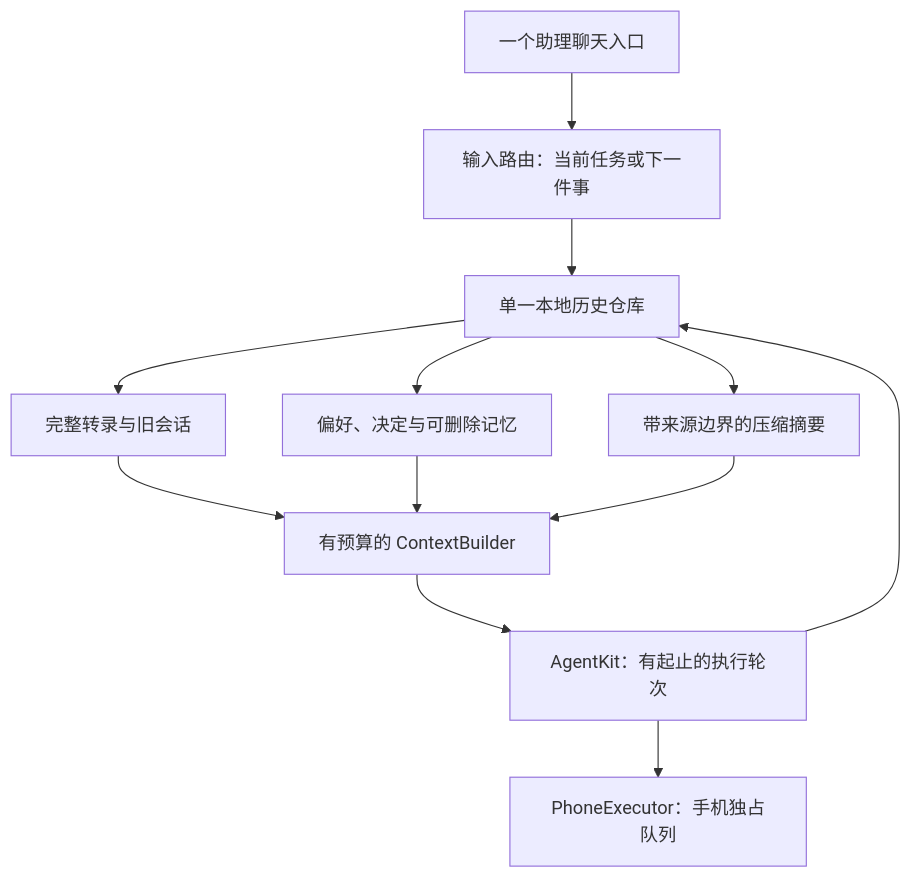
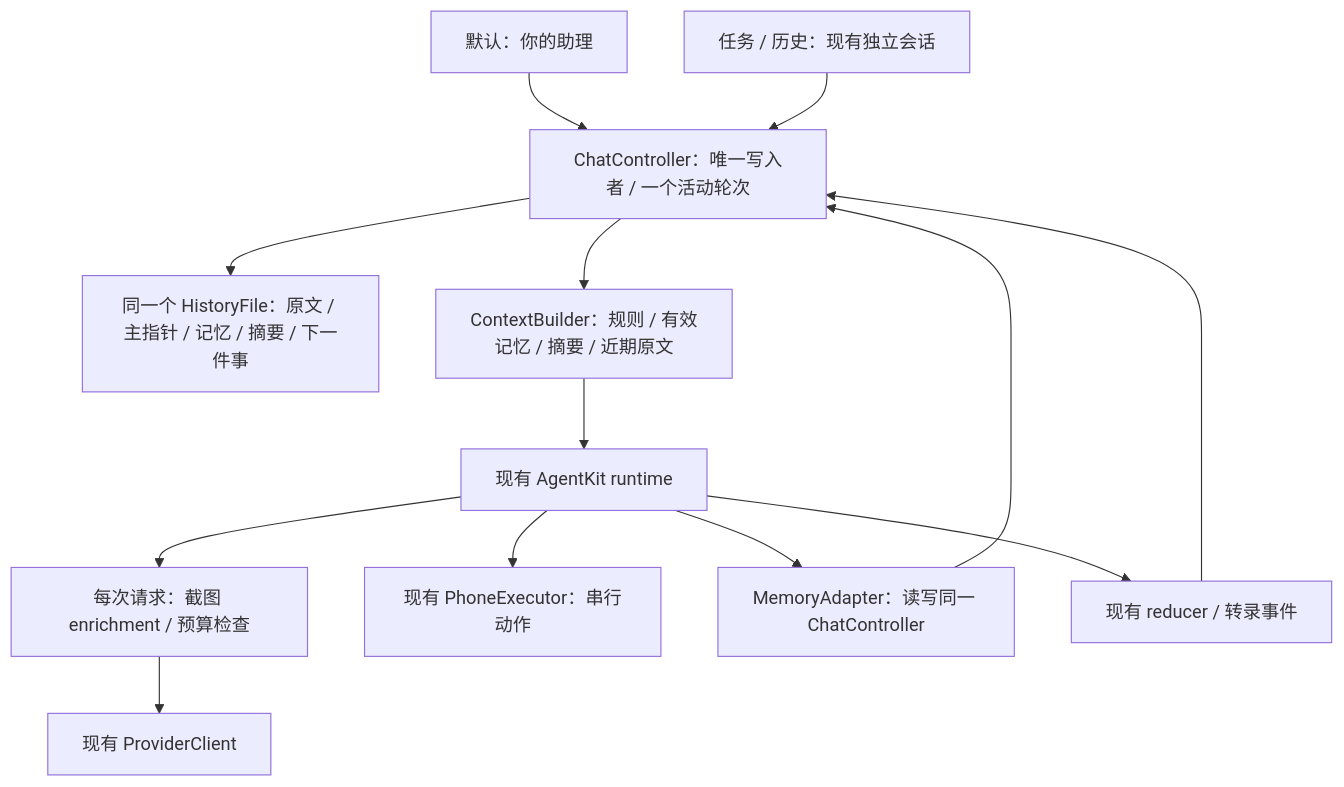
One commit to Borealin/PocketAgent changed the second of 2 diagrams in docs/long-lived-assistant.md. Above: the diagram before and after it, drawn with Mermaid. The commit also changed other lines of this file and 1 other file, not shown here.

Commit message:
docs: specify single-entry memory MVP after Opus architecture assessment

````diff
--- a/docs/long-lived-assistant.md
+++ b/docs/long-lived-assistant.md
@@ -255,14 +298,15 @@
 ```mermaid
 flowchart TD
-    UI[一个助理聊天入口] --> INPUT[输入路由：当前任务或下一件事]
-    INPUT --> STORE[单一本地历史仓库]
-    STORE --> RAW[完整转录与旧会话]
-    STORE --> MEMORY[偏好、决定与可删除记忆]
-    STORE --> SUMMARY[带来源边界的压缩摘要]
-    RAW --> CONTEXT[有预算的 ContextBuilder]
-    MEMORY --> CONTEXT
-    SUMMARY --> CONTEXT
-    CONTEXT --> RUN[AgentKit：有起止的执行轮次]
-    RUN --> PHONE[PhoneExecutor：手机独占队列]
-    RUN --> STORE
+    HOME[默认：你的助理] --> CTRL[ChatController：唯一写入者 / 一个活动轮次]
+    OLD[任务 / 历史：现有独立会话] --> CTRL
+    CTRL --> FILE[同一个 HistoryFile：原文 / 主指针 / 记忆 / 摘要 / 下一件事]
+    CTRL --> BUILD[ContextBuilder：规则 / 有效记忆 / 摘要 / 近期原文]
+    BUILD --> LOOP[现有 AgentKit runtime]
+    LOOP --> BUDGET[每次请求：截图 enrichment / 预算检查]
+    BUDGET --> MODEL[现有 ProviderClient]
+    LOOP --> PHONE[现有 PhoneExecutor：串行动作]
+    LOOP --> MEM[MemoryAdapter：读写同一 ChatController]
+    LOOP --> EVENTS[现有 reducer / 转录事件]
+    MEM --> CTRL
+    EVENTS --> CTRL
 ```
````
